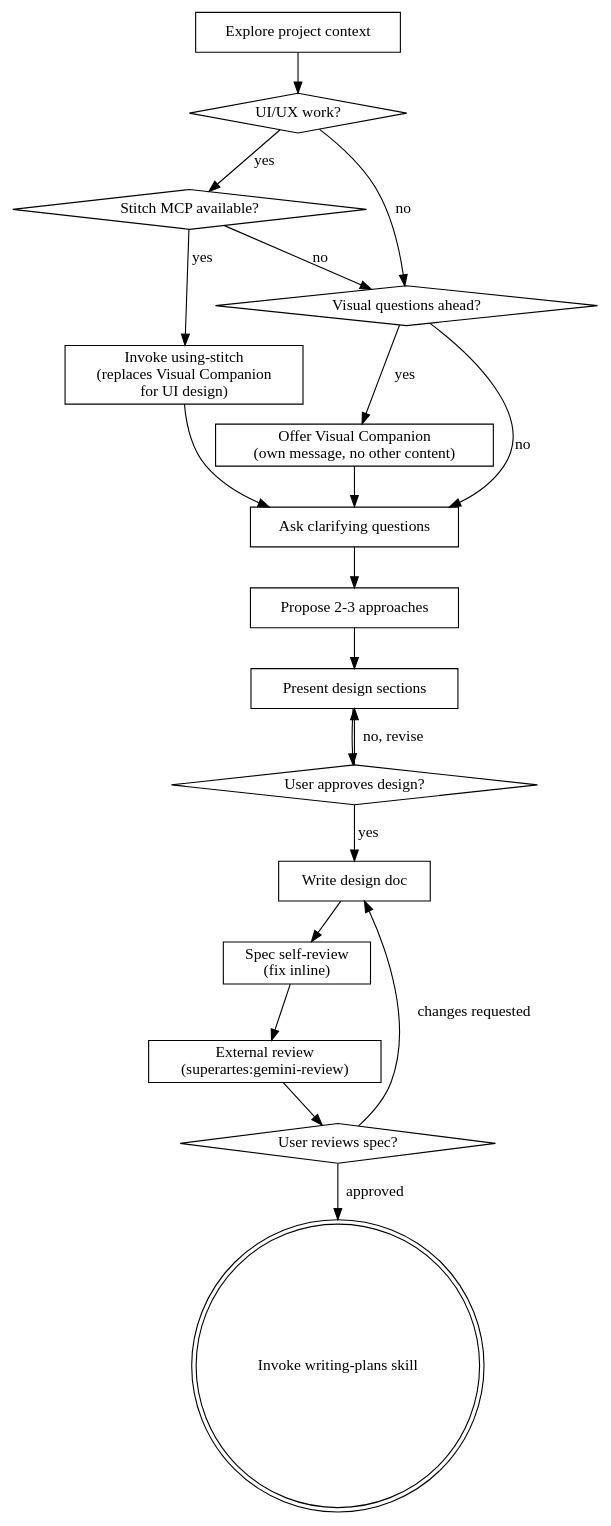
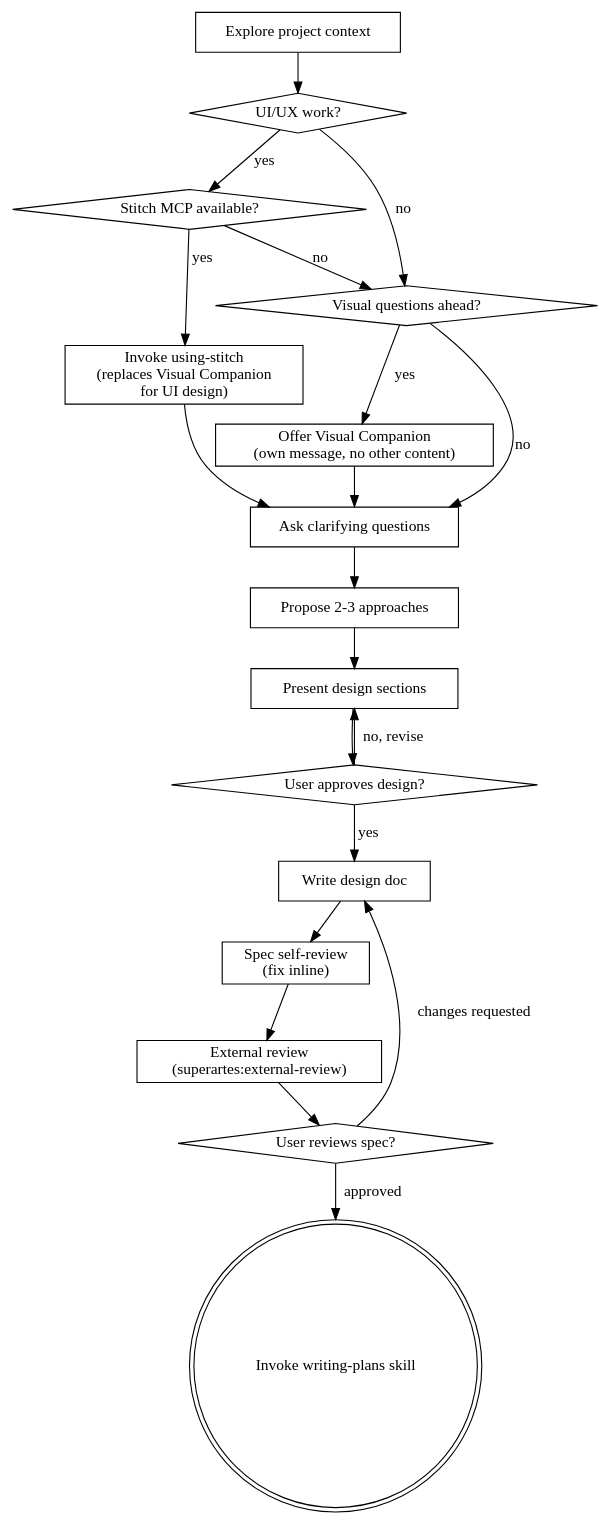
Before and after one commit to andybrandt/superartes: the diagram in skills/brainstorming/SKILL.md, drawn with Graphviz. The commit also changed other lines of this file and 13 other files, not shown here.

First line of the commit message:
v1.3.0 - switch external review to Codex CLI; record model + session in commits

````diff
--- a/skills/brainstorming/SKILL.md
+++ b/skills/brainstorming/SKILL.md
@@ -37,39 +39,39 @@
 ```dot
 digraph brainstorming {
     "Explore project context" [shape=box];
     "UI/UX work?" [shape=diamond];
     "Stitch MCP available?" [shape=diamond];
     "Invoke using-stitch\n(replaces Visual Companion\nfor UI design)" [shape=box];
     "Visual questions ahead?" [shape=diamond];
     "Offer Visual Companion\n(own message, no other content)" [shape=box];
     "Ask clarifying questions" [shape=box];
     "Propose 2-3 approaches" [shape=box];
     "Present design sections" [shape=box];
     "User approves design?" [shape=diamond];
     "Write design doc" [shape=box];
     "Spec self-review\n(fix inline)" [shape=box];
-    "External review\n(superartes:gemini-review)" [shape=box];
+    "External review\n(superartes:external-review)" [shape=box];
     "User reviews spec?" [shape=diamond];
     "Invoke writing-plans skill" [shape=doublecircle];
 
     "Explore project context" -> "UI/UX work?";
     "UI/UX work?" -> "Stitch MCP available?" [label="yes"];
     "UI/UX work?" -> "Visual questions ahead?" [label="no"];
     "Stitch MCP available?" -> "Invoke using-stitch\n(replaces Visual Companion\nfor UI design)" [label="yes"];
     "Stitch MCP available?" -> "Visual questions ahead?" [label="no"];
     "Invoke using-stitch\n(replaces Visual Companion\nfor UI design)" -> "Ask clarifying questions";
     "Visual questions ahead?" -> "Offer Visual Companion\n(own message, no other content)" [label="yes"];
     "Visual questions ahead?" -> "Ask clarifying questions" [label="no"];
     "Offer Visual Companion\n(own message, no other content)" -> "Ask clarifying questions";
     "Ask clarifying questions" -> "Propose 2-3 approaches";
     "Propose 2-3 approaches" -> "Present design sections";
     "Present design sections" -> "User approves design?";
     "User approves design?" -> "Present design sections" [label="no, revise"];
     "User approves design?" -> "Write design doc" [label="yes"];
     "Write design doc" -> "Spec self-review\n(fix inline)";
-    "Spec self-review\n(fix inline)" -> "External review\n(superartes:gemini-review)";
-    "External review\n(superartes:gemini-review)" -> "User reviews spec?";
+    "Spec self-review\n(fix inline)" -> "External review\n(superartes:external-review)";
+    "External review\n(superartes:external-review)" -> "User reviews spec?";
     "User reviews spec?" -> "Write design doc" [label="changes requested"];
     "User reviews spec?" -> "Invoke writing-plans skill" [label="approved"];
 }
 ```
````
